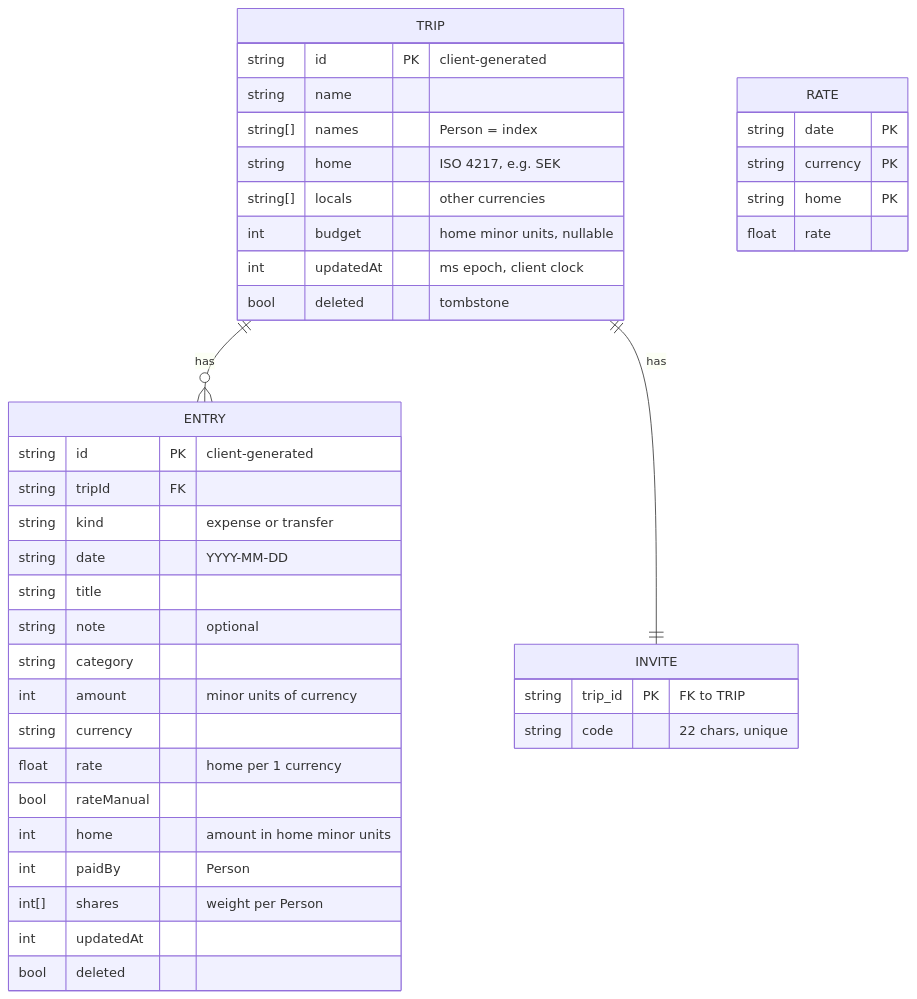
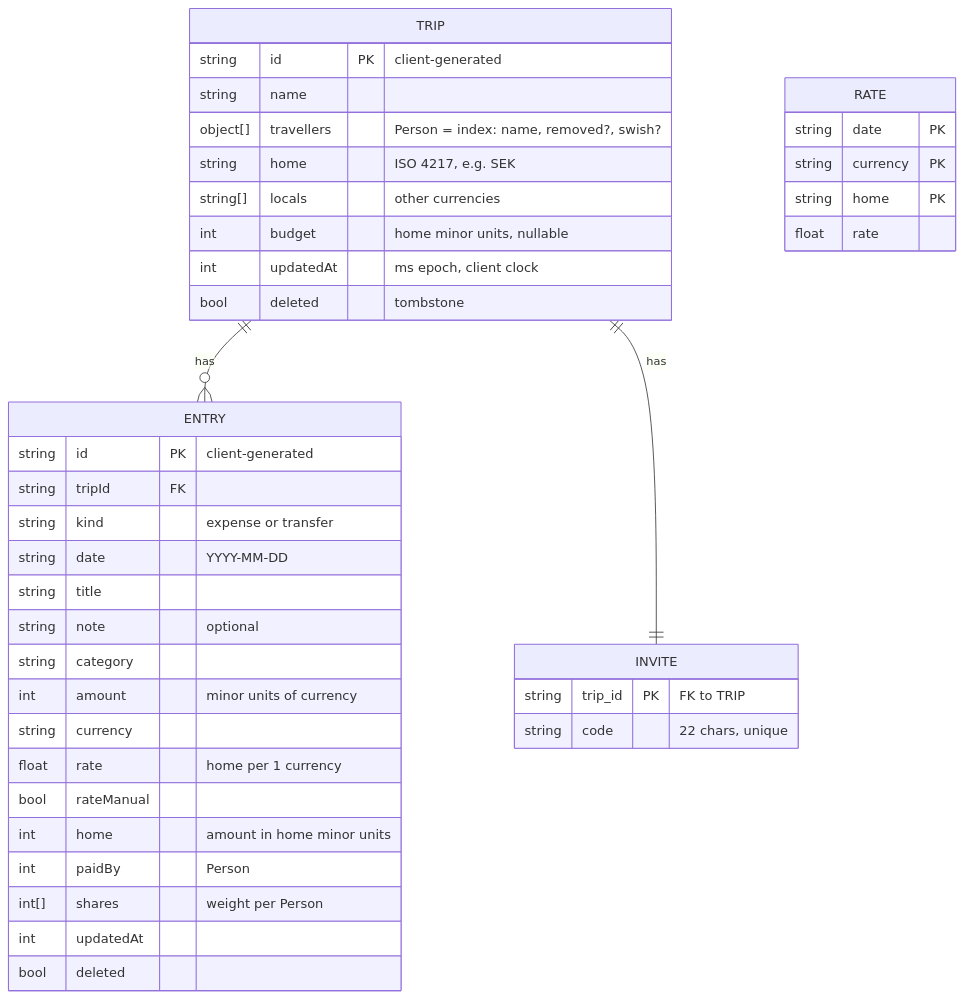
One commit to hazmah0/trip-split changed the second of 7 diagrams in docs/ARCHITECTURE.md. Above: the diagram before and after it, drawn with Mermaid. The commit also changed other lines of this file and 34 other files, not shown here.

First line of the commit message:
feat: pay with Swish and keep travellers' identity stable

````diff
--- a/docs/ARCHITECTURE.md
+++ b/docs/ARCHITECTURE.md
@@ -54,43 +54,43 @@
 ```mermaid
 erDiagram
   TRIP ||--o{ ENTRY : "has"
   TRIP ||--|| INVITE : "has"
   TRIP {
     string id PK "client-generated"
     string name
-    string[] names "Person = index"
+    object[] travellers "Person = index: name, removed?, swish?"
     string home "ISO 4217, e.g. SEK"
     string[] locals "other currencies"
     int budget "home minor units, nullable"
     int updatedAt "ms epoch, client clock"
     bool deleted "tombstone"
   }
   ENTRY {
     string id PK "client-generated"
     string tripId FK
     string kind "expense or transfer"
     string date "YYYY-MM-DD"
     string title
     string note "optional"
     string category
     int amount "minor units of currency"
     string currency
     float rate "home per 1 currency"
     bool rateManual
     int home "amount in home minor units"
     int paidBy "Person"
     int[] shares "weight per Person"
     int updatedAt
     bool deleted
   }
   INVITE {
     string trip_id PK "FK to TRIP"
     string code "22 chars, unique"
   }
   RATE {
     string date PK
     string currency PK
     string home PK
     float rate
   }
 ```
````
